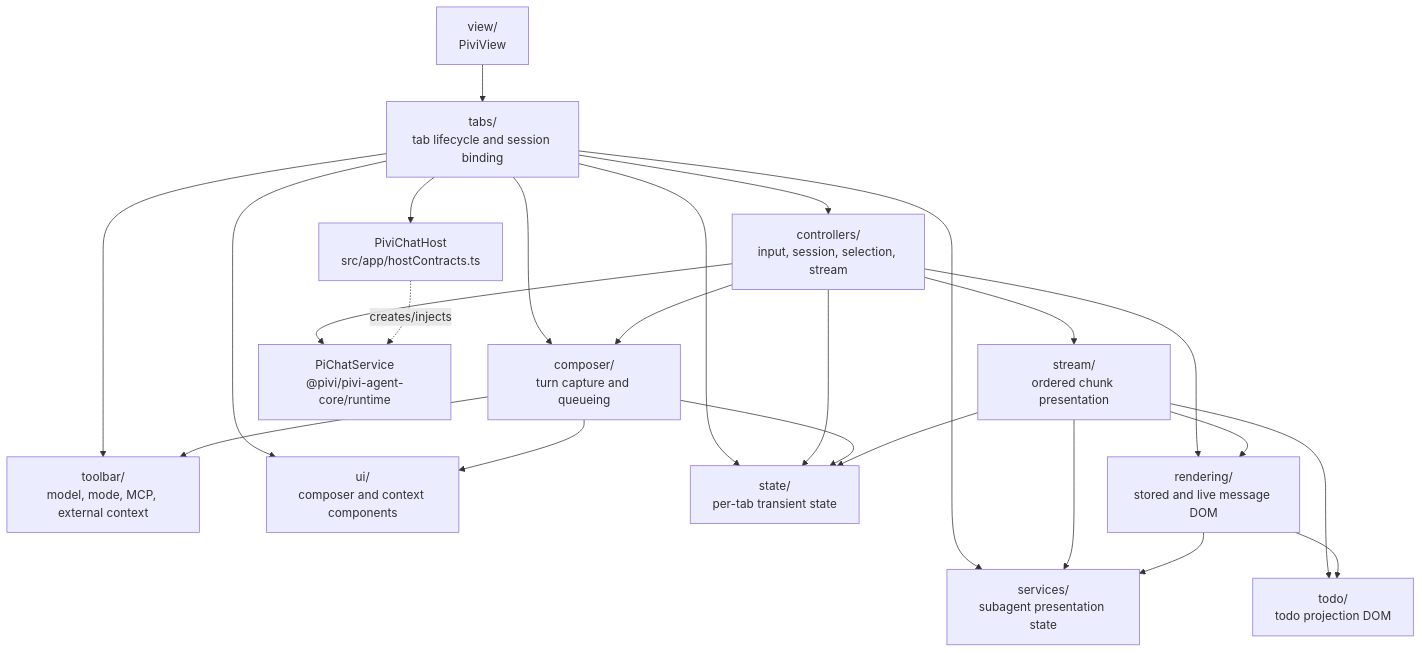
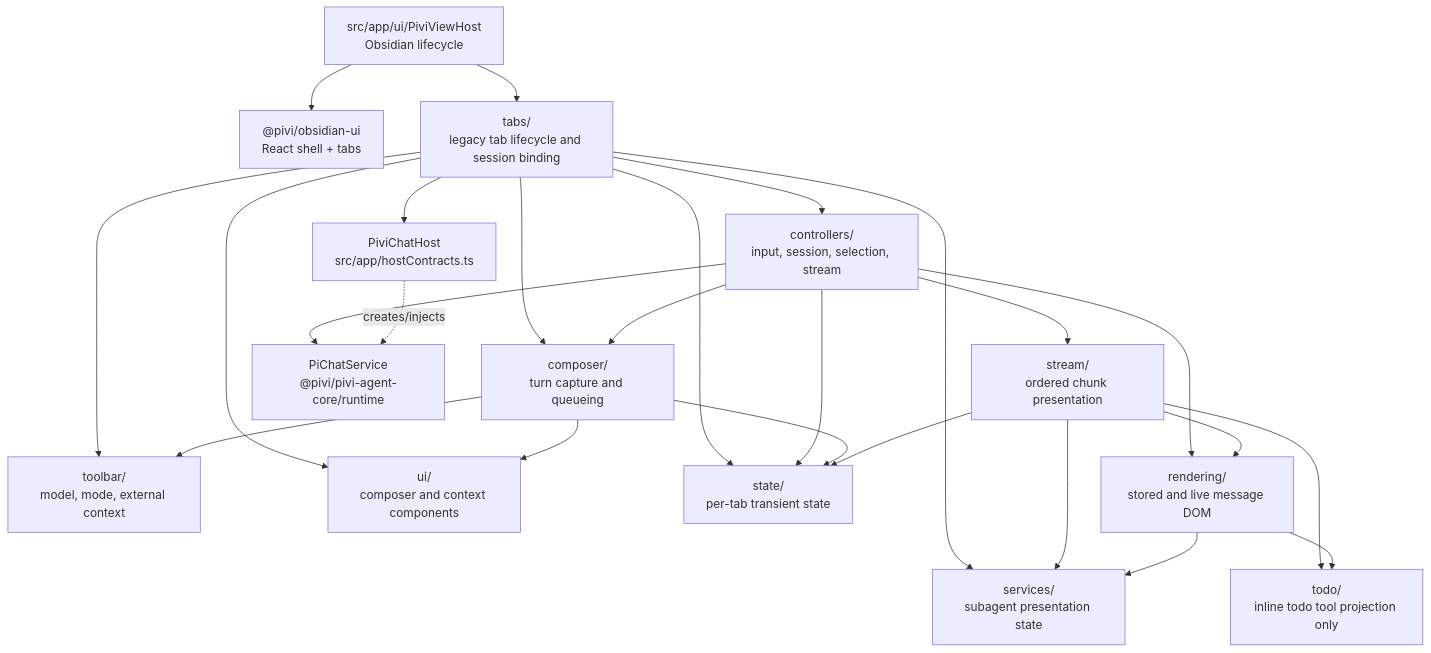
Before and after one commit to shuuul/obsidian-pivi: the diagram in src/ui/chat/AGENTS.md, drawn with Mermaid. The commit also changed other lines of this file and 405 other files, not shown here.

First line of the commit message:
feat(obsidian-ui): migrate chat surfaces to React with HEAD parity

````diff
--- a/src/ui/chat/AGENTS.md
+++ b/src/ui/chat/AGENTS.md
@@ -13,31 +13,32 @@
 ```mermaid
 flowchart TD
-  View["view/<br/>PiviView"] --> Tabs["tabs/<br/>tab lifecycle and session binding"]
+  View["src/app/ui/PiviViewHost<br/>Obsidian lifecycle"] --> Shell["@pivi/obsidian-ui<br/>React shell + tabs"]
+  View --> Tabs["tabs/<br/>legacy tab lifecycle and session binding"]
   Tabs --> Controllers["controllers/<br/>input, session, selection, stream"]
   Tabs --> Composer["composer/<br/>turn capture and queueing"]
-  Tabs --> Toolbar["toolbar/<br/>model, mode, MCP, external context"]
+  Tabs --> Toolbar["toolbar/<br/>model, mode, external context"]
   Tabs --> UI["ui/<br/>composer and context components"]
   Tabs --> State["state/<br/>per-tab transient state"]
   Tabs --> Services["services/<br/>subagent presentation state"]
 
   Controllers --> Composer
   Controllers --> Stream["stream/<br/>ordered chunk presentation"]
   Controllers --> Rendering["rendering/<br/>stored and live message DOM"]
   Controllers --> State
 
   Composer --> UI
   Composer --> Toolbar
   Composer --> State
 
   Stream --> Rendering
   Stream --> Services
-  Stream --> Todo["todo/<br/>todo projection DOM"]
+  Stream --> Todo["todo/<br/>inline todo tool projection only"]
   Stream --> State
 
   Rendering --> Services
   Rendering --> Todo
 
   Tabs --> Host["PiviChatHost<br/>src/app/hostContracts.ts"]
   Controllers --> ChatService["PiChatService<br/>@pivi/pivi-agent-core/runtime"]
   Host -. "creates/injects" .-> ChatService
 ```
````
